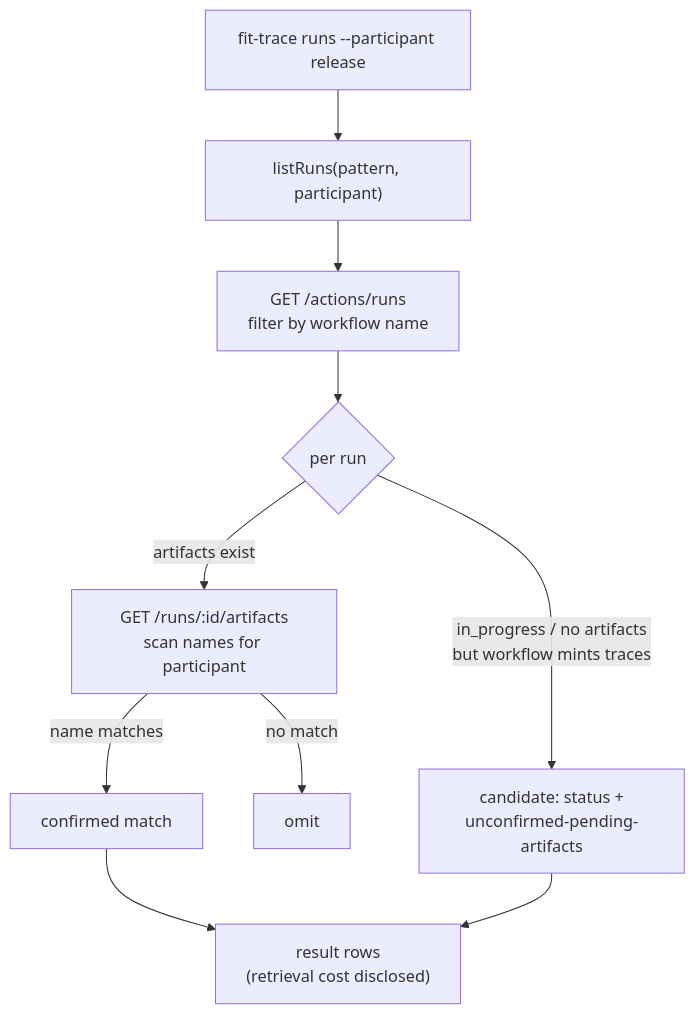
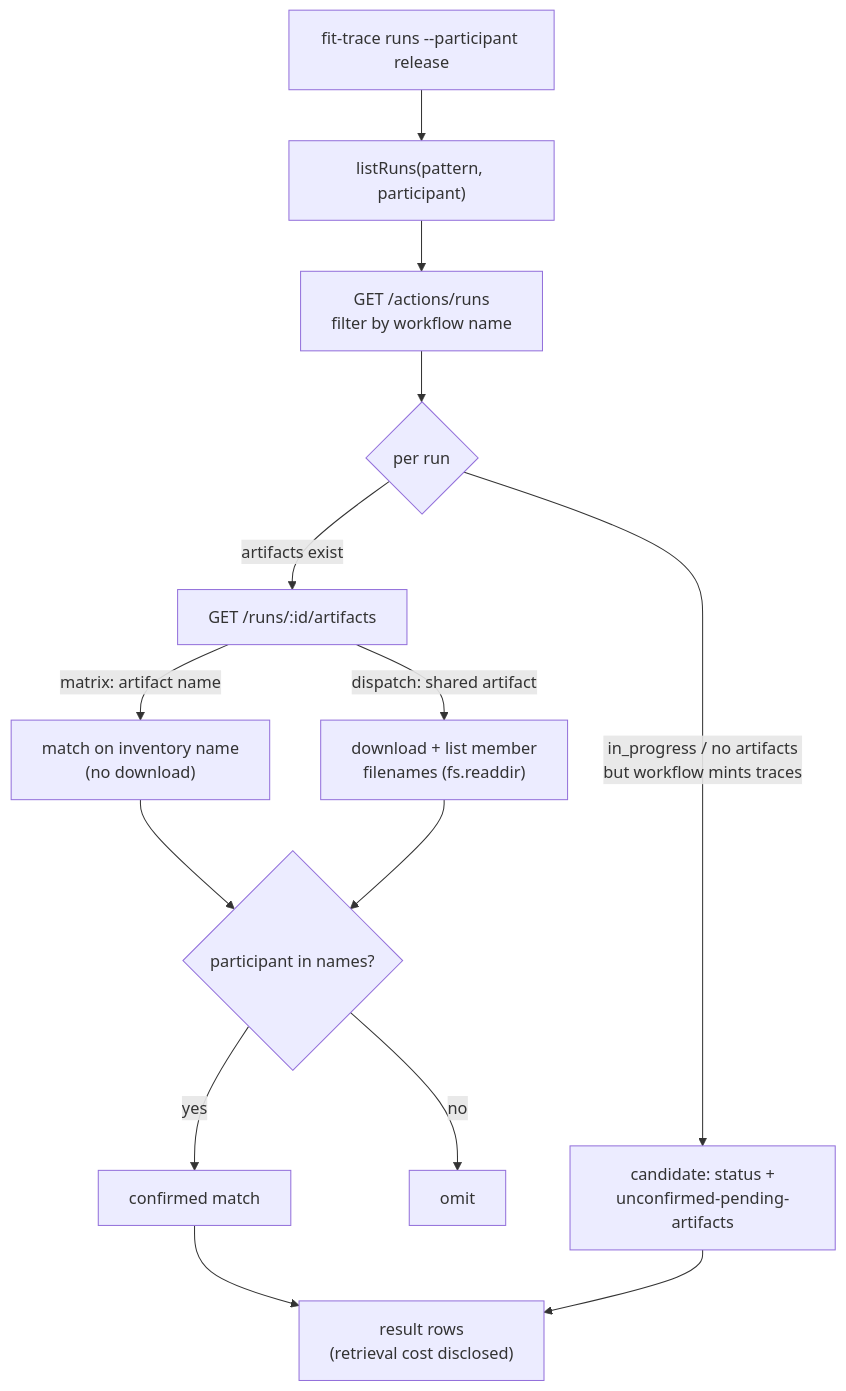
One commit to forwardimpact/monorepo changed the first of 2 diagrams in specs/1910-deterministic-trace-harvest/design-a.md. Above: the diagram before and after it, drawn with Mermaid. The commit also changed other lines of this file, not shown here.

First line of the commit message:
design(1910): dispatch-host lane resolution via artifact download

````diff
--- a/specs/1910-deterministic-trace-harvest/design-a.md
+++ b/specs/1910-deterministic-trace-harvest/design-a.md
@@ -30,12 +30,16 @@
 ```mermaid
 flowchart TD
   Q["fit-trace runs --participant release"] --> LR["listRuns(pattern, participant)"]
   LR --> WF["GET /actions/runs<br/>filter by workflow name"]
   WF --> EACH{"per run"}
-  EACH -->|"artifacts exist"| ART["GET /runs/:id/artifacts<br/>scan names for participant"]
+  EACH -->|"artifacts exist"| ART["GET /runs/:id/artifacts"]
   EACH -->|"in_progress / no artifacts<br/>but workflow mints traces"| CAND["candidate: status +<br/>unconfirmed-pending-artifacts"]
-  ART -->|"name matches"| MATCH["confirmed match"]
-  ART -->|"no match"| DROP["omit"]
+  ART -->|"matrix: artifact name"| NM["match on inventory name<br/>(no download)"]
+  ART -->|"dispatch: shared artifact"| DL["download + list member<br/>filenames (fs.readdir)"]
+  NM --> CHK{"participant in names?"}
+  DL --> CHK
+  CHK -->|"yes"| MATCH["confirmed match"]
+  CHK -->|"no"| DROP["omit"]
   MATCH --> OUT["result rows<br/>(retrieval cost disclosed)"]
   CAND --> OUT
 ```
````
